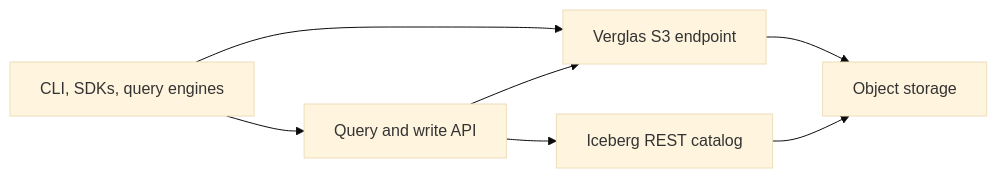
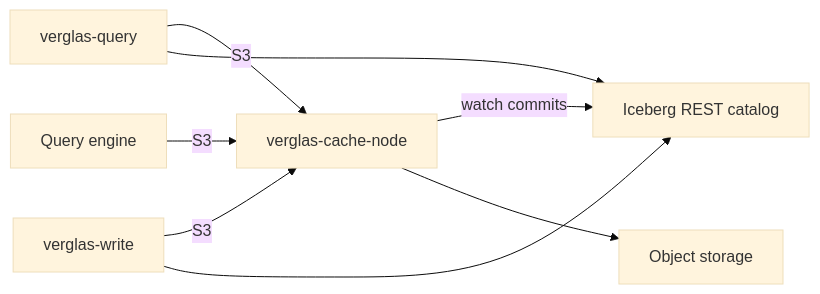
Before and after one commit to verglas-org/verglas: the diagram in docs/architecture/overview.mdx, drawn with Mermaid (base theme). The commit also changed other lines of this file and 798 other files, not shown here.

````diff
--- a/docs/architecture/overview.mdx
+++ b/docs/architecture/overview.mdx
@@ -11,9 +11,10 @@
 ```mermaid
 flowchart LR
-    C["CLI, SDKs, query engines"] --> R["Query and write API"]
-    C --> S["Verglas S3 endpoint"]
-    R --> S
-    R --> I["Iceberg REST catalog"]
-    S --> O["Object storage"]
-    I --> O
+    E["Query engine"] -->|"S3"| C["verglas-cache-node"]
+    Q["verglas-query"] -->|"S3"| C
+    W["verglas-write"] -->|"S3"| C
+    Q --> I["Iceberg REST catalog"]
+    W --> I
+    C -->|"watch commits"| I
+    C --> O["Object storage"]
 ```
````
